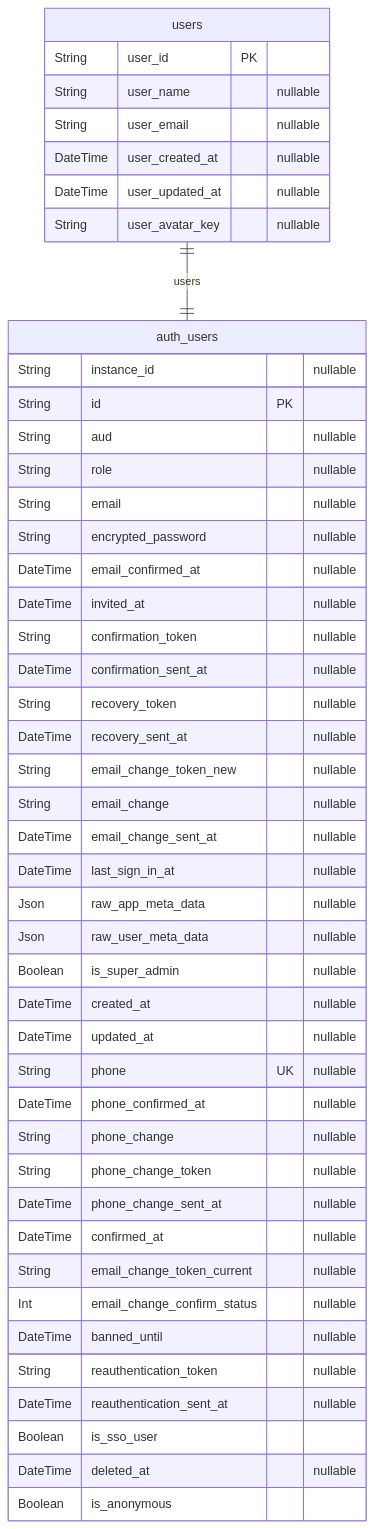
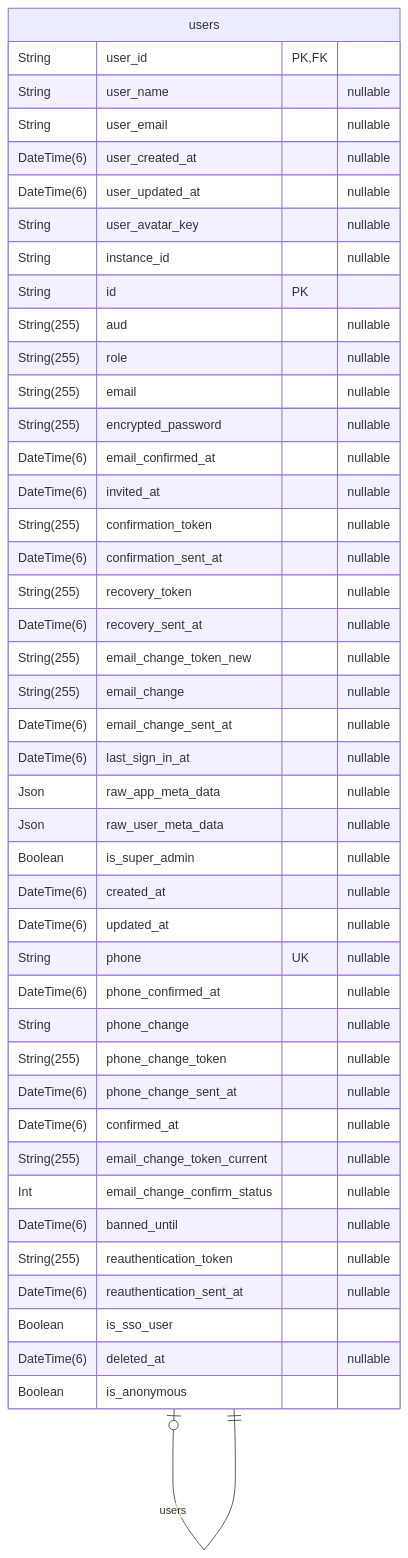
One commit to jujoycode/hydra changed the first of 3 diagrams in docs/table-erd.md. Above: the diagram before and after it, drawn with Mermaid. The commit also changed other lines of this file and 148 other files, not shown here.

````diff
--- a/docs/table-erd.md
+++ b/docs/table-erd.md
@@ -63,49 +9,49 @@
 ```mermaid
 erDiagram
 "users" {
-  String user_id PK
+  String user_id PK,FK
   String user_name "nullable"
   String user_email "nullable"
-  DateTime user_created_at "nullable"
-  DateTime user_updated_at "nullable"
+  DateTime(6) user_created_at "nullable"
+  DateTime(6) user_updated_at "nullable"
   String user_avatar_key "nullable"
 }
-"auth_users" {
+"users" {
   String instance_id "nullable"
   String id PK
-  String aud "nullable"
-  String role "nullable"
-  String email "nullable"
-  String encrypted_password "nullable"
-  DateTime email_confirmed_at "nullable"
-  DateTime invited_at "nullable"
-  String confirmation_token "nullable"
-  DateTime confirmation_sent_at "nullable"
-  String recovery_token "nullable"
-  DateTime recovery_sent_at "nullable"
-  String email_change_token_new "nullable"
-  String email_change "nullable"
-  DateTime email_change_sent_at "nullable"
-  DateTime last_sign_in_at "nullable"
+  String(255) aud "nullable"
+  String(255) role "nullable"
+  String(255) email "nullable"
+  String(255) encrypted_password "nullable"
+  DateTime(6) email_confirmed_at "nullable"
+  DateTime(6) invited_at "nullable"
+  String(255) confirmation_token "nullable"
+  DateTime(6) confirmation_sent_at "nullable"
+  String(255) recovery_token "nullable"
+  DateTime(6) recovery_sent_at "nullable"
+  String(255) email_change_token_new "nullable"
+  String(255) email_change "nullable"
+  DateTime(6) email_change_sent_at "nullable"
+  DateTime(6) last_sign_in_at "nullable"
   Json raw_app_meta_data "nullable"
   Json raw_user_meta_data "nullable"
   Boolean is_super_admin "nullable"
-  DateTime created_at "nullable"
-  DateTime updated_at "nullable"
+  DateTime(6) created_at "nullable"
+  DateTime(6) updated_at "nullable"
   String phone UK "nullable"
-  DateTime phone_confirmed_at "nullable"
+  DateTime(6) phone_confirmed_at "nullable"
   String phone_change "nullable"
-  String phone_change_token "nullable"
-  DateTime phone_change_sent_at "nullable"
-  DateTime confirmed_at "nullable"
-  String email_change_token_current "nullable"
+  String(255) phone_change_token "nullable"
+  DateTime(6) phone_change_sent_at "nullable"
+  DateTime(6) confirmed_at "nullable"
+  String(255) email_change_token_current "nullable"
   Int email_change_confirm_status "nullable"
-  DateTime banned_until "nullable"
-  String reauthentication_token "nullable"
-  DateTime reauthentication_sent_at "nullable"
+  DateTime(6) banned_until "nullable"
+  String(255) reauthentication_token "nullable"
+  DateTime(6) reauthentication_sent_at "nullable"
   Boolean is_sso_user
-  DateTime deleted_at "nullable"
+  DateTime(6) deleted_at "nullable"
   Boolean is_anonymous
 }
-"users" ||--|| "auth_users" : users
+"users" |o--|| "users" : users
 ```
````
